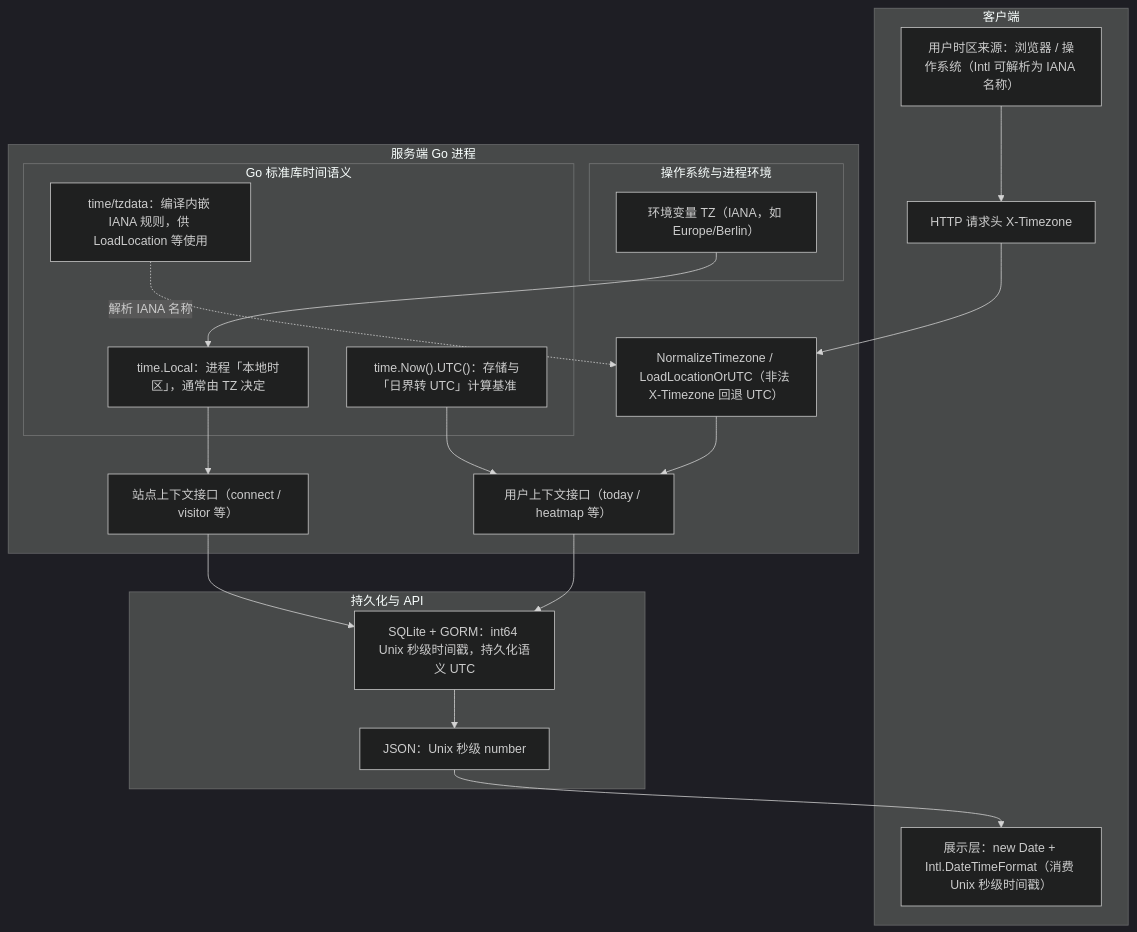
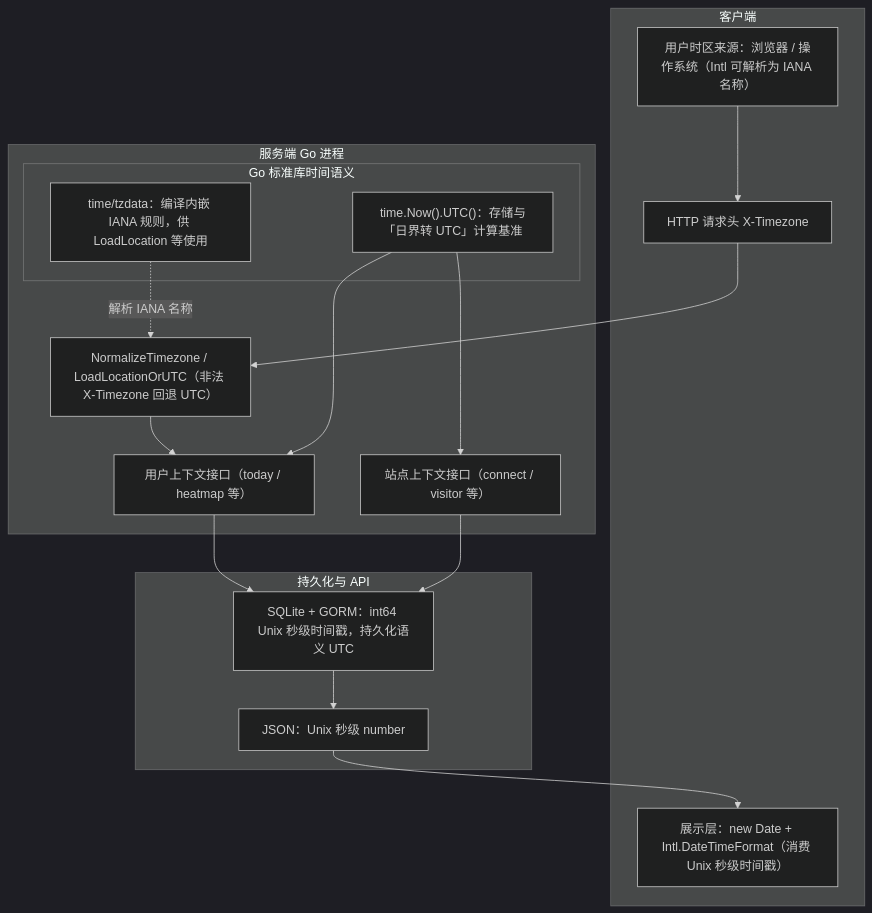
One commit to tszlznl/Ech0 changed the diagram in docs/dev/timezone-design.md. Above: the diagram before and after it, drawn with Mermaid (dark theme). The commit also changed other lines of this file and 15 other files, not shown here.

First line of the commit message:
refactor(timezone): standardize time handling to UTC across the application

````diff
--- a/docs/dev/timezone-design.md
+++ b/docs/dev/timezone-design.md
@@ -22,38 +22,33 @@
 ```mermaid
 flowchart TB
     subgraph client [客户端]
         tzFromUA["用户时区来源：浏览器 / 操作系统（Intl 可解析为 IANA 名称）"]
         xTz["HTTP 请求头 X-Timezone"]
         render["展示层：new Date + Intl.DateTimeFormat（消费 Unix 秒级时间戳）"]
         tzFromUA --> xTz
     end
 
     subgraph server [服务端 Go 进程]
-        subgraph host [操作系统与进程环境]
-            tzEnv["环境变量 TZ（IANA，如 Europe/Berlin）"]
-        end
         subgraph gotime [Go 标准库时间语义]
             tzdata["time/tzdata：编译内嵌 IANA 规则，供 LoadLocation 等使用"]
-            tLocal["time.Local：进程「本地时区」，通常由 TZ 决定"]
             tUtc["time.Now().UTC()：存储与「日界转 UTC」计算基准"]
         end
         norm["NormalizeTimezone / LoadLocationOrUTC（非法 X-Timezone 回退 UTC）"]
         userApi["用户上下文接口（today / heatmap 等）"]
         siteApi["站点上下文接口（connect / visitor 等）"]
-        tzEnv --> tLocal
         tzdata -. 解析 IANA 名称 .-> norm
         xTz --> norm
         norm --> userApi
         tUtc --> userApi
-        tLocal --> siteApi
+        tUtc --> siteApi
     end
 
     subgraph storage [持久化与 API]
         db["SQLite + GORM：int64 Unix 秒级时间戳，持久化语义 UTC"]
         api["JSON：Unix 秒级 number"]
     end
 
     userApi --> db
     siteApi --> db
     db --> api --> render
 ```
````
